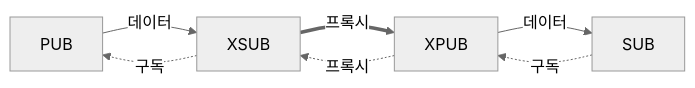
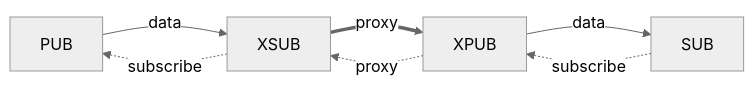
One commit to kairos-code-dev/zlink changed the first of 3 diagrams in doc/guide/03-6-proxy.ko.md. Above: the diagram before and after it, drawn with Mermaid (neutral theme). The commit also changed other lines of this file and 53 other files, not shown here.

````diff
--- a/doc/guide/03-6-proxy.ko.md
+++ b/doc/guide/03-6-proxy.ko.md
@@ -36,9 +36,9 @@
 ```mermaid
 flowchart LR
-    PUB -->|데이터| XSUB
-    XSUB ==>|프록시| XPUB
-    XPUB -->|데이터| SUB
-    SUB -.->|구독| XPUB
-    XPUB -.->|프록시| XSUB
-    XSUB -.->|구독| PUB
+    PUB -->|data| XSUB
+    XSUB ==>|proxy| XPUB
+    XPUB -->|data| SUB
+    SUB -.->|subscribe| XPUB
+    XPUB -.->|proxy| XSUB
+    XSUB -.->|subscribe| PUB
 ```
````
